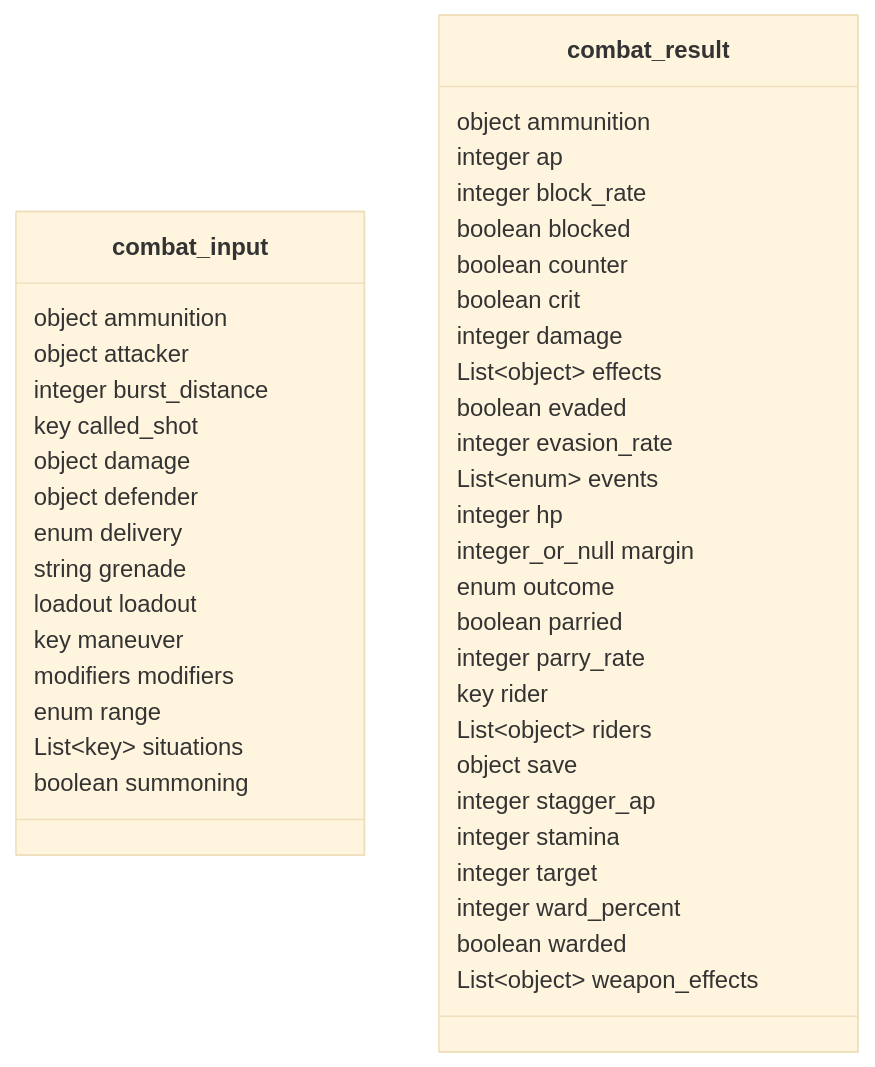
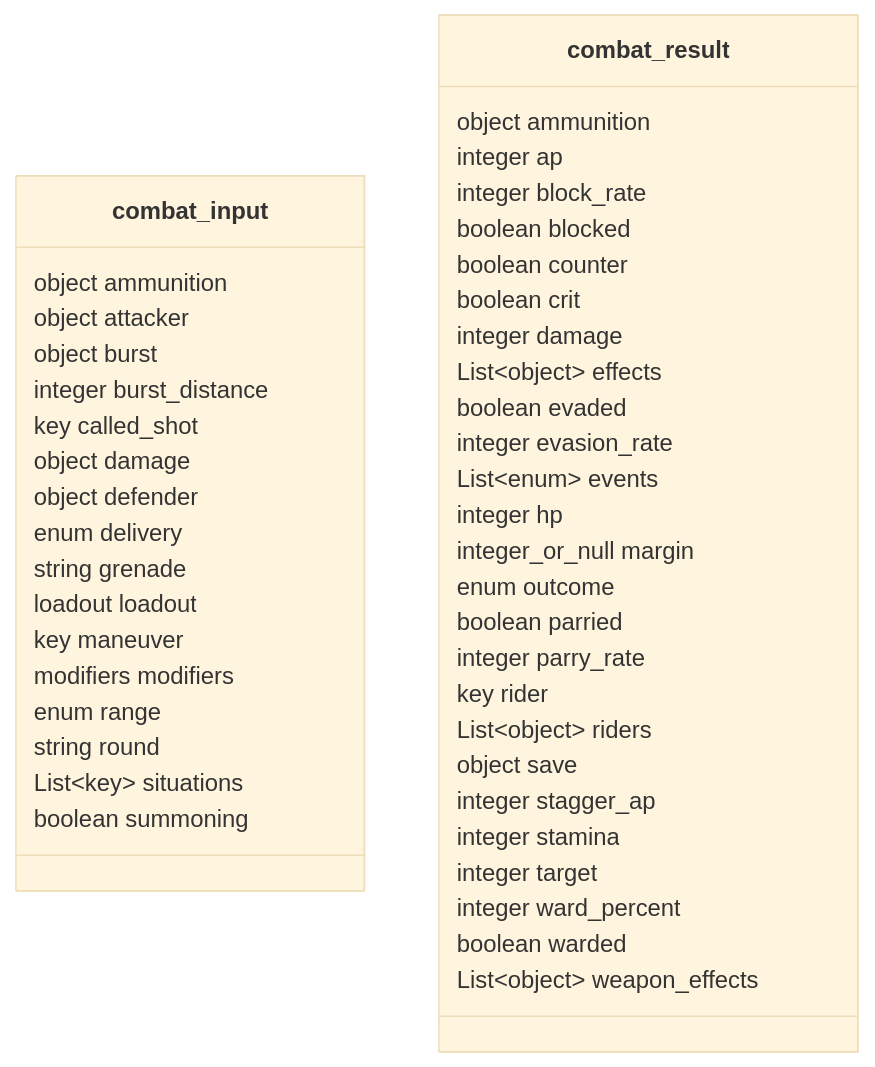
Before and after one commit to SETA1609/riftweave-core: the tenth of 33 diagrams in docs/backend/contract-diagram.md, drawn with Mermaid (base theme). The commit also changed 6 other files, not shown here.

First line of the commit message:
GD_S17_04 data (green): the eight elemental rounds, the burst gate, and combat's round and burst

````diff
--- a/docs/backend/contract-diagram.md
+++ b/docs/backend/contract-diagram.md
@@ -368,46 +368,48 @@
 ```mermaid
 classDiagram
     class combat_input {
         object ammunition
         object attacker
+        object burst
         integer burst_distance
         key called_shot
         object damage
         object defender
         enum delivery
         string grenade
         loadout loadout
         key maneuver
         modifiers modifiers
         enum range
+        string round
         List~key~ situations
         boolean summoning
     }
     class combat_result {
         object ammunition
         integer ap
         integer block_rate
         boolean blocked
         boolean counter
         boolean crit
         integer damage
         List~object~ effects
         boolean evaded
         integer evasion_rate
         List~enum~ events
         integer hp
         integer_or_null margin
         enum outcome
         boolean parried
         integer parry_rate
         key rider
         List~object~ riders
         object save
         integer stagger_ap
         integer stamina
         integer target
         integer ward_percent
         boolean warded
         List~object~ weapon_effects
     }
 ```
````
